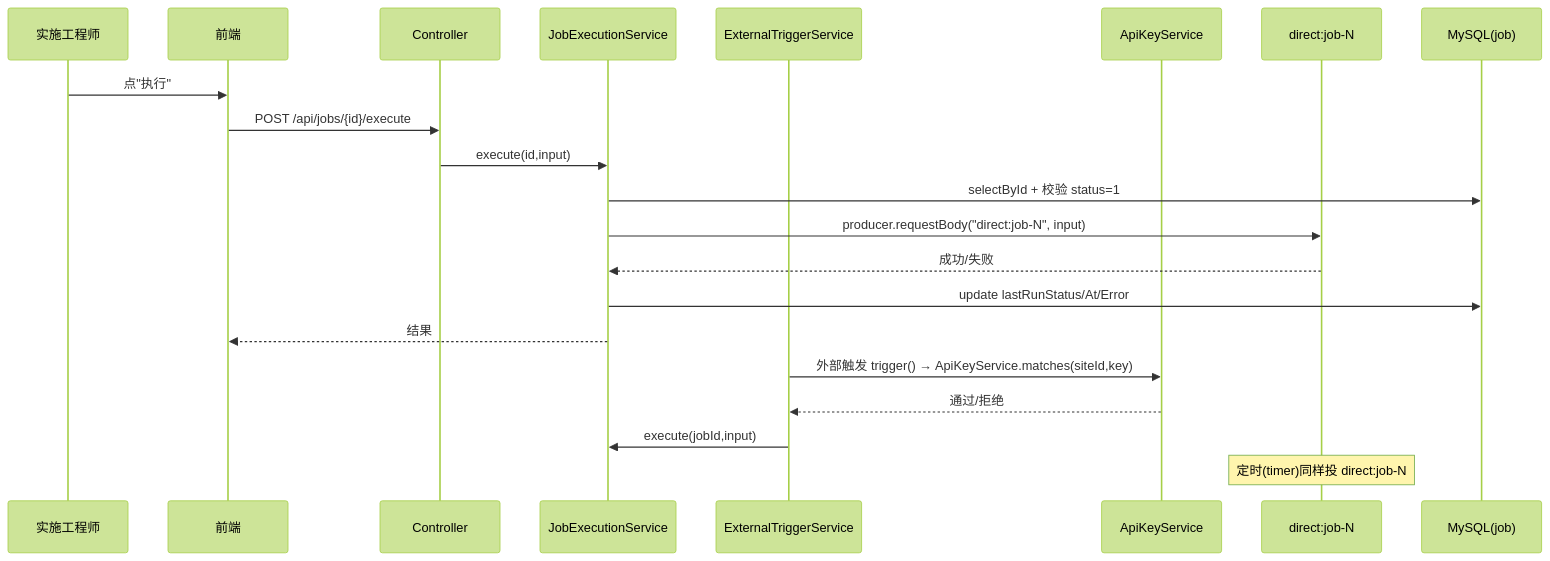
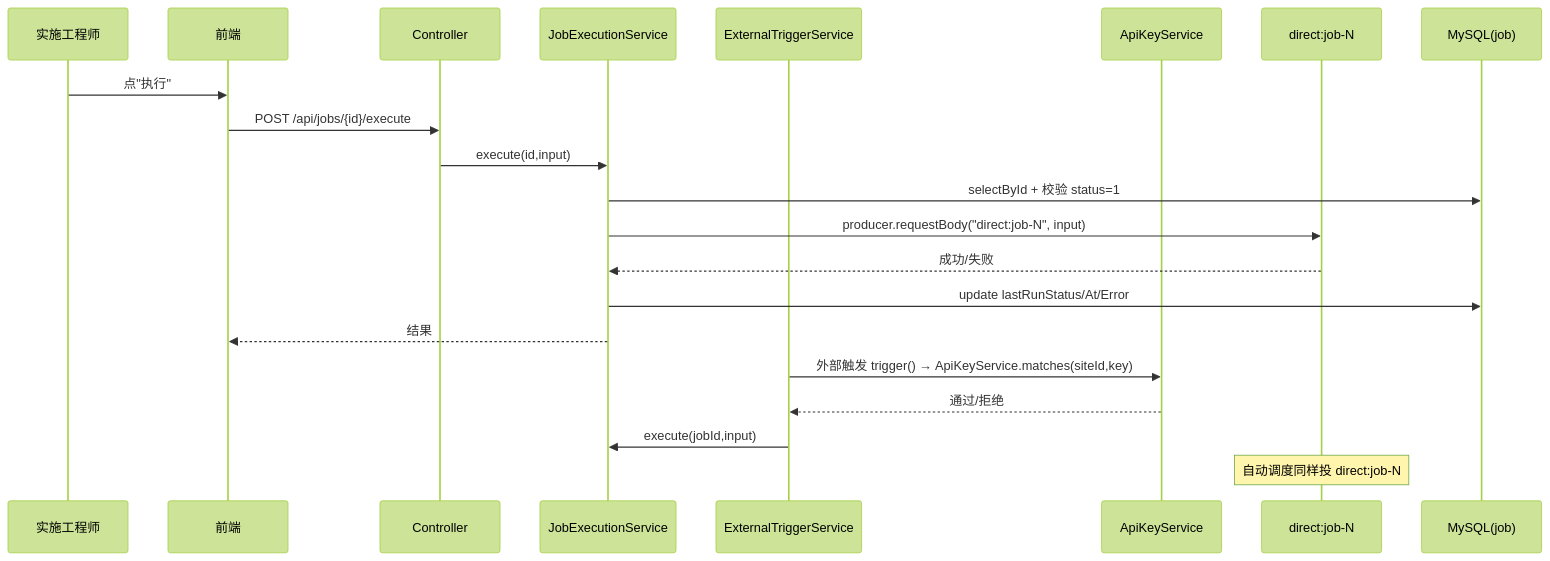
Before and after one commit to zz240/sailheader-mes-middleware: the diagram in docs/flows/trigger-flow.md, drawn with Mermaid (forest theme). The commit also changed other lines of this file and 24 other files, not shown here.

````diff
--- a/docs/flows/trigger-flow.md
+++ b/docs/flows/trigger-flow.md
@@ -21,24 +21,24 @@
 ```mermaid
 sequenceDiagram
     participant USER as 实施工程师
     participant UI as 前端
     participant API as Controller
     participant EXEC as JobExecutionService
     participant EXT as ExternalTriggerService
     participant KEY as ApiKeyService
     participant ROUTE as direct:job-N
     participant DB as MySQL(job)
 
     USER->>UI: 点"执行"
     UI->>API: POST /api/jobs/{id}/execute
     API->>EXEC: execute(id,input)
     EXEC->>DB: selectById + 校验 status=1
     EXEC->>ROUTE: producer.requestBody("direct:job-N", input)
     ROUTE-->>EXEC: 成功/失败
     EXEC->>DB: update lastRunStatus/At/Error
     EXEC-->>UI: 结果
     EXT->>KEY: 外部触发 trigger() → ApiKeyService.matches(siteId,key)
     KEY-->>EXT: 通过/拒绝
     EXT->>EXEC: execute(jobId,input)
-    Note over ROUTE: 定时(timer)同样投 direct:job-N
+    Note over ROUTE: 自动调度同样投 direct:job-N
 ```
````
